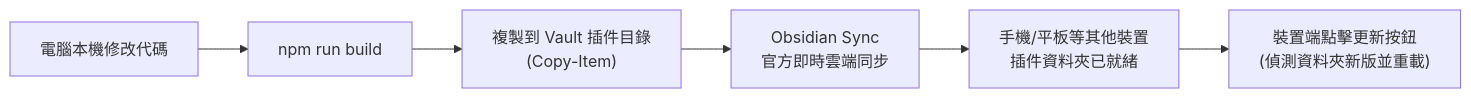
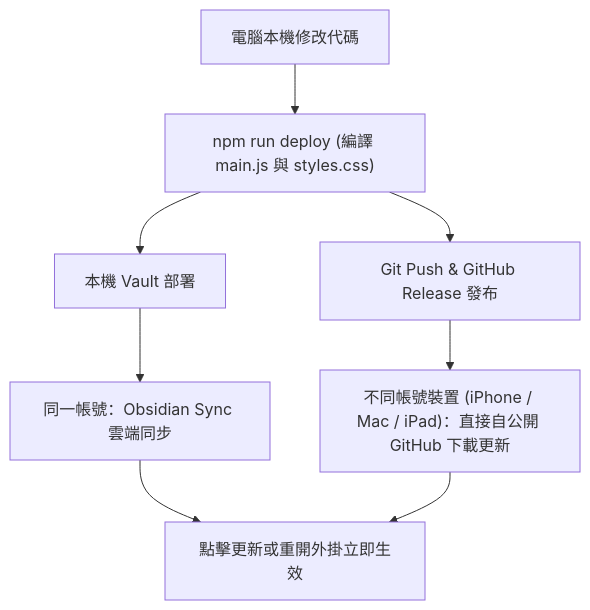
One commit to firsttimetogithub3020/obsidian-diary-copilot changed the diagram in HANDOVER.md. Above: the diagram before and after it, drawn with Mermaid. The commit also changed other lines of this file and 1 other file, not shown here.

Commit message:
docs: document dual update pipeline (public github download + local sync fallback)

````diff
--- a/HANDOVER.md
+++ b/HANDOVER.md
@@ -24,8 +24,10 @@
 ```mermaid
-flowchart LR
-    A["電腦本機修改代碼"] --> B["npm run build"]
-    B --> C["複製到 Vault 插件目錄<br/>(Copy-Item)"]
-    C --> D["Obsidian Sync<br/>官方即時雲端同步"]
-    D --> E["手機/平板等其他裝置<br/>插件資料夾已就緒"]
-    E --> F["裝置端點擊更新按鈕<br/>(偵測資料夾新版並重載)"]
+flowchart TD
+    A["電腦本機修改代碼"] --> B["npm run deploy (編譯 main.js 與 styles.css)"]
+    B --> C["本機 Vault 部署"]
+    B --> D["Git Push & GitHub Release 發布"]
+    C --> E["同一帳號：Obsidian Sync 雲端同步"]
+    D --> F["不同帳號裝置 (iPhone / Mac / iPad)：直接自公開 GitHub 下載更新"]
+    E --> G["點擊更新或重開外掛立即生效"]
+    F --> G
 ```
````
